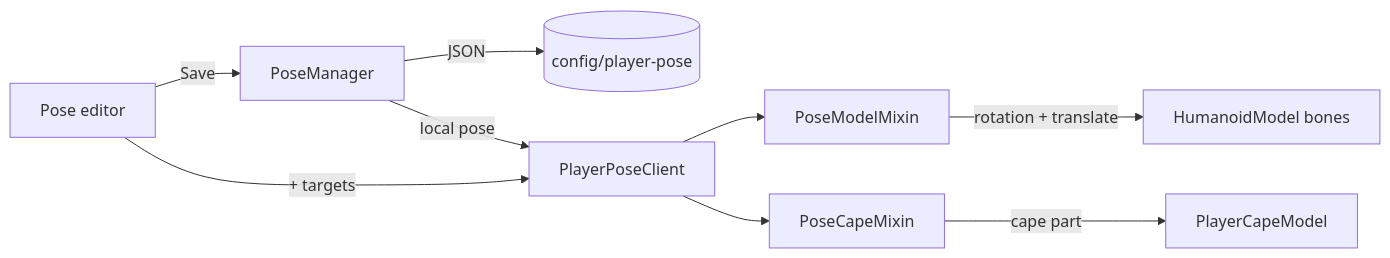
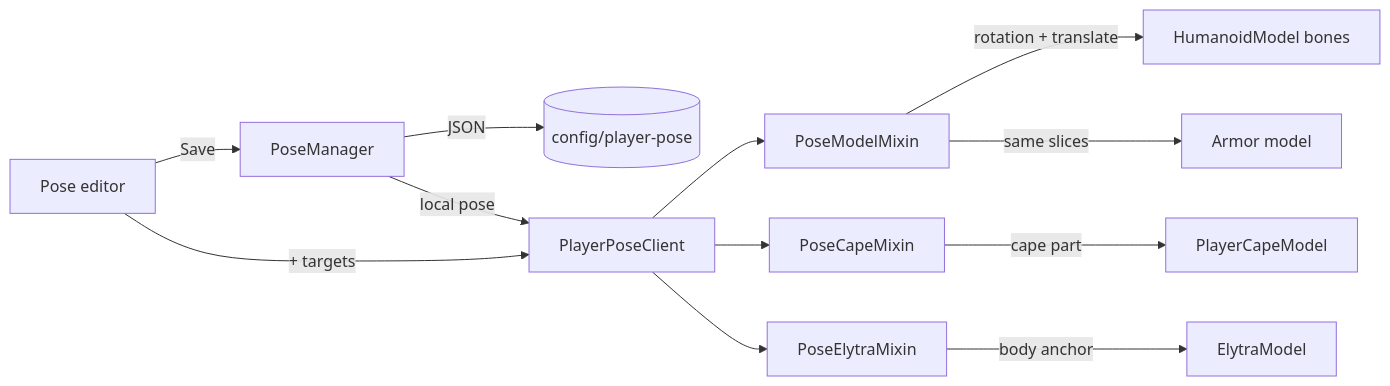
Before and after one commit to BEGINWITHF/Cheese: the diagram in README.md, drawn with Mermaid. The commit also changed other lines of this file, not shown here.

````diff
--- a/README.md
+++ b/README.md
@@ -217,11 +284,14 @@
 ```mermaid
 flowchart LR
     E[Pose editor] -->|Save| M[PoseManager]
     M -->|JSON| F[(config/player-pose)]
     E -->|+ targets| R[PlayerPoseClient]
     M -->|local pose| R
     R --> A[PoseModelMixin]
     R --> B[PoseCapeMixin]
+    R --> C[PoseElytraMixin]
     A -->|rotation + translate| H[HumanoidModel bones]
-    B -->|cape part| C[PlayerCapeModel]
+    A -->|same slices| G[Armor model]
+    B -->|cape part| K[PlayerCapeModel]
+    C -->|body anchor| W[ElytraModel]
 ```
````
